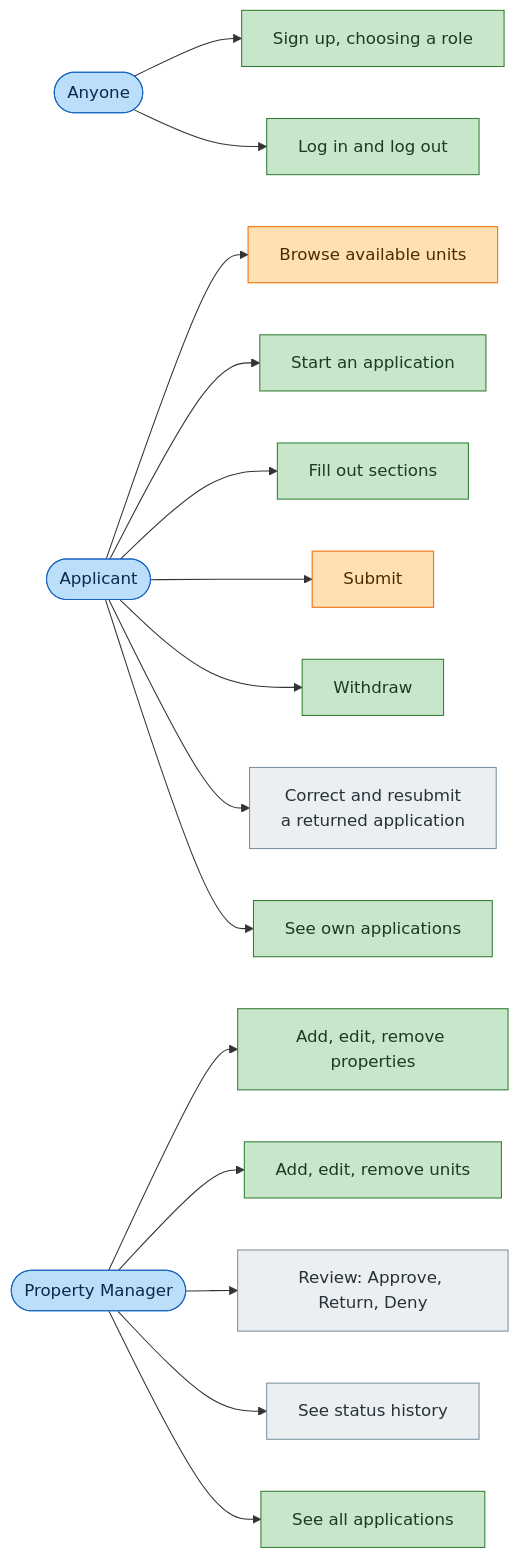
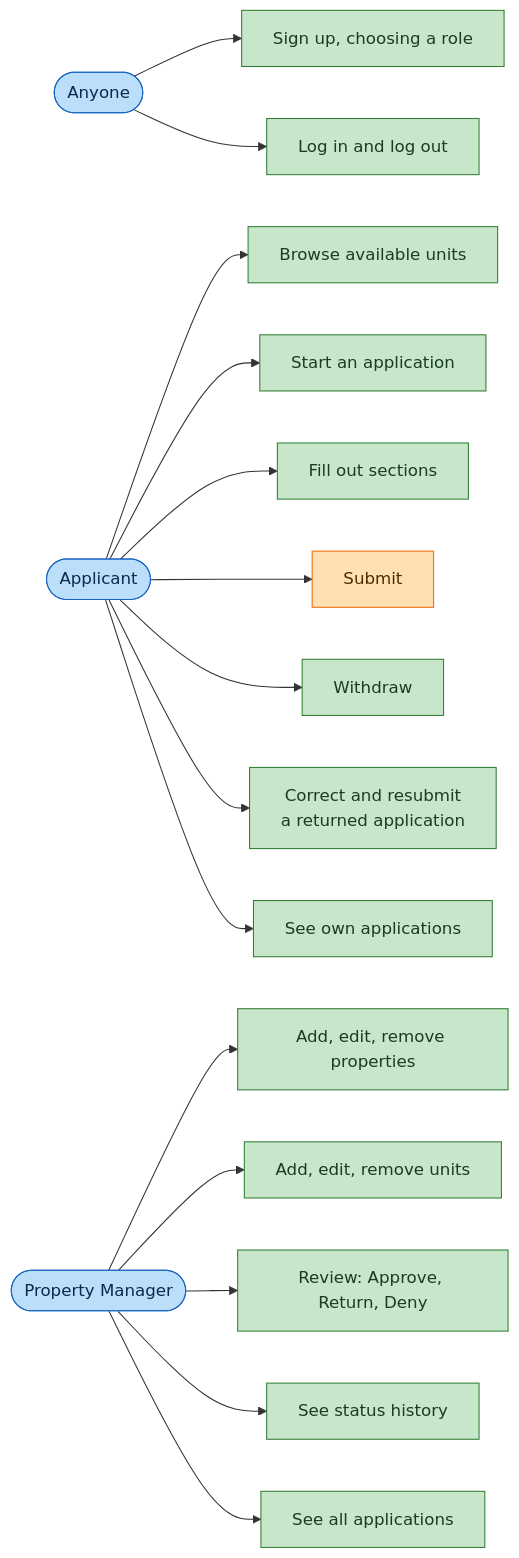
One commit to breps83/troy-rentalportal changed the second of 7 diagrams in docs/diagrams.md. Above: the diagram before and after it, drawn with Mermaid. The commit also changed other lines of this file and 1 other file, not shown here.

````diff
--- a/docs/diagrams.md
+++ b/docs/diagrams.md
@@ -68,28 +70,28 @@
 ```mermaid
 flowchart LR
     classDef done fill:#c8e6c9,stroke:#2e7d32,color:#1b3d1f
     classDef partial fill:#ffe0b2,stroke:#ef6c00,color:#4e2a00
     classDef todo fill:#eceff1,stroke:#78909c,color:#263238
     classDef actor fill:#bbdefb,stroke:#1565c0,color:#0d2a4a
 
     Anyone(["Anyone"]):::actor
     A(["Applicant"]):::actor
     PM(["Property Manager"]):::actor
 
     Anyone --> SignUp["Sign up, choosing a role"]:::done
     Anyone --> LogIn["Log in and log out"]:::done
 
-    A --> Browse["Browse available units"]:::partial
+    A --> Browse["Browse available units"]:::done
     A --> Start["Start an application"]:::done
     A --> Fill["Fill out sections"]:::done
     A --> Submit["Submit"]:::partial
     A --> Withdraw["Withdraw"]:::done
-    A --> Resubmit["Correct and resubmit<br/>a returned application"]:::todo
+    A --> Resubmit["Correct and resubmit<br/>a returned application"]:::done
     A --> OwnList["See own applications"]:::done
 
     PM --> Props["Add, edit, remove properties"]:::done
     PM --> Units["Add, edit, remove units"]:::done
-    PM --> Review["Review: Approve, Return, Deny"]:::todo
-    PM --> History["See status history"]:::todo
+    PM --> Review["Review: Approve, Return, Deny"]:::done
+    PM --> History["See status history"]:::done
     PM --> AllList["See all applications"]:::done
 ```
````
